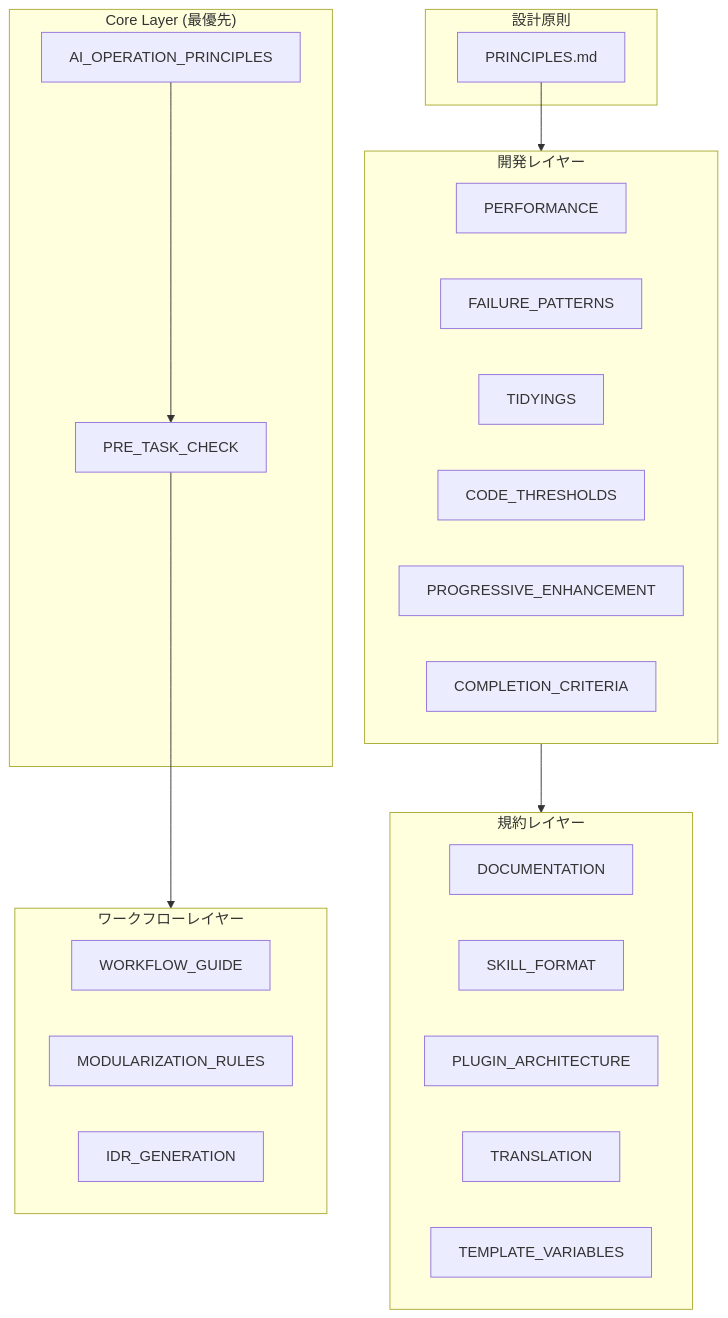
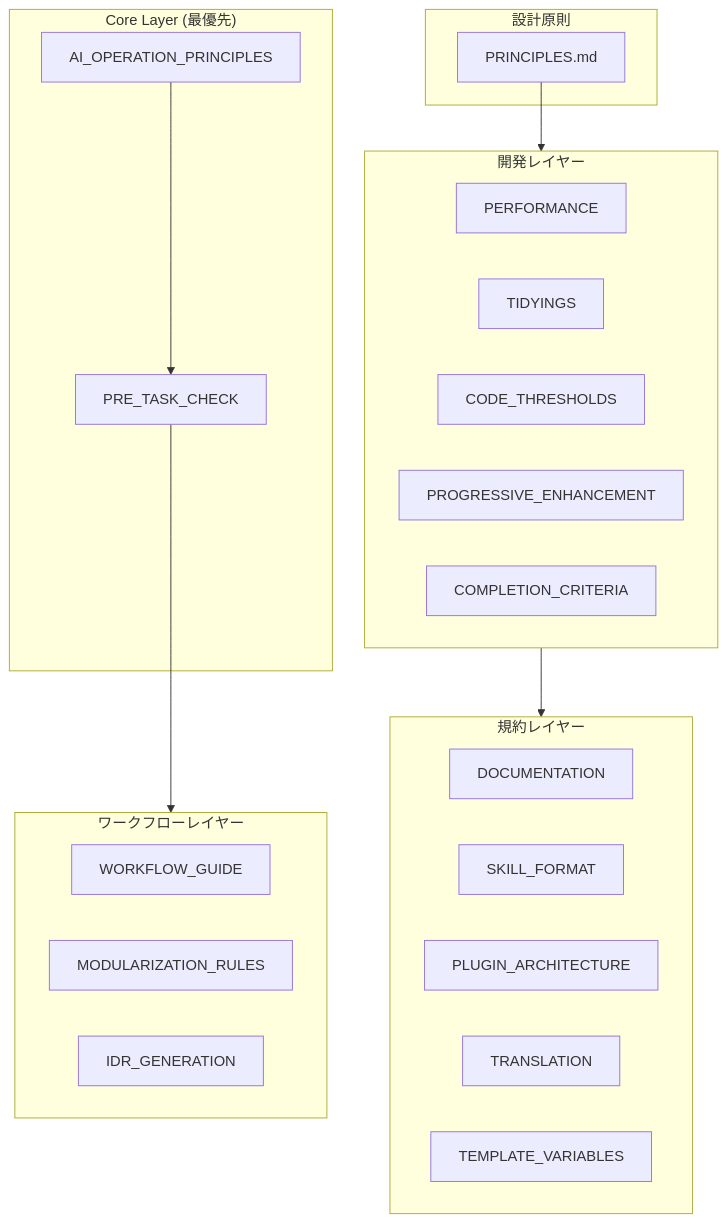
The first of 2 diagrams in .ja/docs/DESIGN.md (thkt/dotclaude), drawn with Mermaid before and after one commit. The commit also changed other lines of this file and 3 other files, not shown here.

Commit message:
refactor(config): inline FAILURE_PATTERNS into DESIGN.md and remove file

````diff
--- a/.ja/docs/DESIGN.md
+++ b/.ja/docs/DESIGN.md
@@ -9,39 +9,38 @@
 ```mermaid
 graph TD
     subgraph Core["Core Layer (最優先)"]
         AOP[AI_OPERATION_PRINCIPLES]
         PTC[PRE_TASK_CHECK]
     end
 
     subgraph Principles["設計原則"]
         P[PRINCIPLES.md]
     end
 
     subgraph Development["開発レイヤー"]
         PERF[PERFORMANCE]
-        FAIL[FAILURE_PATTERNS]
         TIDY[TIDYINGS]
         CODE[CODE_THRESHOLDS]
         PROG[PROGRESSIVE_ENHANCEMENT]
         COMP[COMPLETION_CRITERIA]
     end
 
     subgraph Conventions["規約レイヤー"]
         DOC[DOCUMENTATION]
         SKILL[SKILL_FORMAT]
         PLUG[PLUGIN_ARCHITECTURE]
         TRANS[TRANSLATION]
         TEMP[TEMPLATE_VARIABLES]
     end
 
     subgraph Workflows["ワークフローレイヤー"]
         WG[WORKFLOW_GUIDE]
         MOD[MODULARIZATION_RULES]
         IDR[IDR_GENERATION]
     end
 
     AOP --> PTC
     P --> Development
     PTC --> Workflows
     Development --> Conventions
 ```
````
